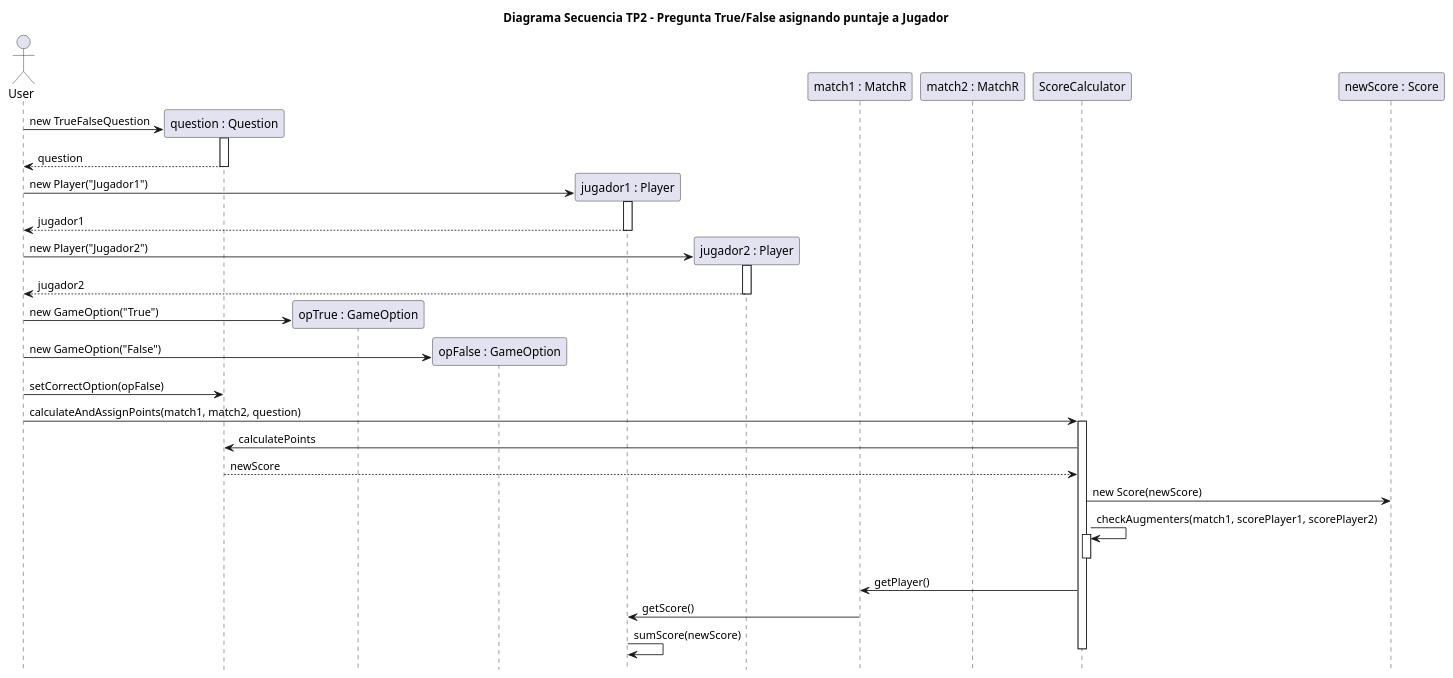
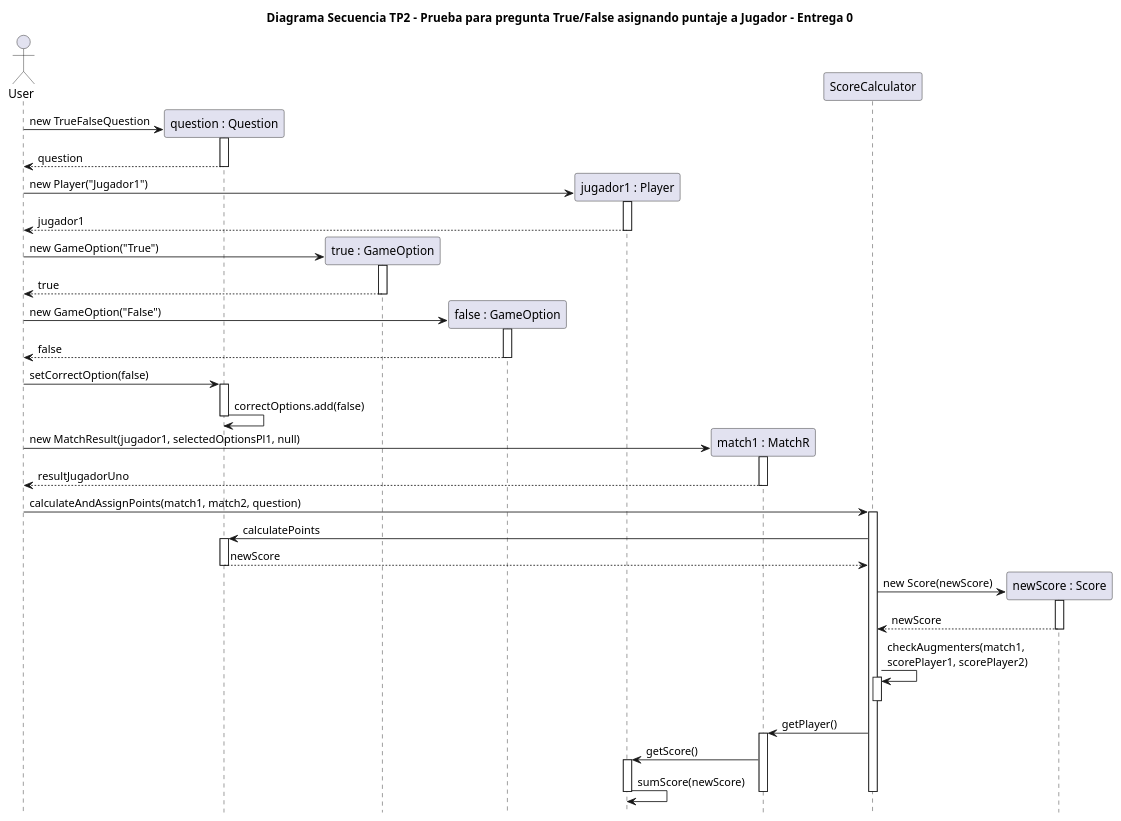
The diagram in docs/DiagramaSecuencia-PreguntaT-F.plantuml (diegosanchez/TP2-Kahoot), drawn with PlantUML before and after one commit. The commit also changed other lines of this file and 1 other file, not shown here.

Commit message:
Diagrama de secuencia final - entrega 0
Se adjunta el diagrama de secuencia para la entrega 0. Se muestra como se calcula la modificiación del puntaje para un solo jugador.

```diff
--- a/docs/DiagramaSecuencia-PreguntaT-F.plantuml
+++ b/docs/DiagramaSecuencia-PreguntaT-F.plantuml
@@ -2,64 +2,76 @@
 @startuml
 
 actor User
-title Diagrama Secuencia TP2 - Pregunta True/False asignando puntaje a Jugador
+title Diagrama Secuencia TP2 - Prueba para pregunta True/False asignando puntaje a Jugador - Entrega 0
 hide footbox
 
 
 participant "question : Question" as question
 
-participant "opTrue : GameOption" as opTrue
-participant "opFalse : GameOption" as opFalse
+participant "true : GameOption" as true
+participant "false : GameOption" as false
 
 participant "jugador1 : Player" as jugador1
-participant "jugador2 : Player" as jugador2
-
-participant "match1 : MatchR" as match1
-participant "match2 : MatchR" as match2
-
 
 User -> question ** : new TrueFalseQuestion
 activate question
 question --> User : question
 deactivate question
 
 
 User -> jugador1 ** : new Player("Jugador1")
 activate jugador1
 jugador1 --> User : jugador1
 deactivate jugador1
 
+User -> true ** : new GameOption("True")
+activate true 
+true --> User : true
+deactivate true 
 
-User -> jugador2 ** : new Player("Jugador2")
-activate jugador2
-jugador2 --> User : jugador2
-deactivate jugador2
+User -> false ** : new GameOption("False")
+activate false
+false --> User : false
+deactivate false 
 
+User -> question : setCorrectOption(false)
+activate question
+question -> question : correctOptions.add(false)
+deactivate question
 
-User -> opTrue ** : new GameOption("True")
-User -> opFalse ** : new GameOption("False")
+participant "match1 : MatchR" as match1
 
-User -> question : setCorrectOption(opFalse)
-
+User -> match1 **: new MatchResult(jugador1, selectedOptionsPl1, null)
+activate match1
+match1 --> User : resultJugadorUno
+deactivate match1 
 
 User -> ScoreCalculator : calculateAndAssignPoints(match1, match2, question)
 activate ScoreCalculator
 
 participant "newScore : Score" as puntaje
 ScoreCalculator -> question : calculatePoints
+activate question
 question --> ScoreCalculator : newScore
-ScoreCalculator -> puntaje : new Score(newScore)
+deactivate question
 
-ScoreCalculator -> ScoreCalculator : checkAugmenters(match1, scorePlayer1, scorePlayer2)
+ScoreCalculator -> puntaje **: new Score(newScore)
+activate puntaje
+puntaje --> ScoreCalculator : newScore
+deactivate puntaje
+
+ScoreCalculator -> ScoreCalculator : checkAugmenters(match1, \nscorePlayer1, scorePlayer2)
 activate ScoreCalculator
 deactivate ScoreCalculator
 
 ScoreCalculator -> match1 : getPlayer()
+activate match1
 match1 -> jugador1 : getScore()
+activate jugador1
 jugador1 -> jugador1 : sumScore(newScore)
+deactivate jugador1
+deactivate match1
 
 deactivate ScoreCalculator
 
-
-
 @enduml
```
